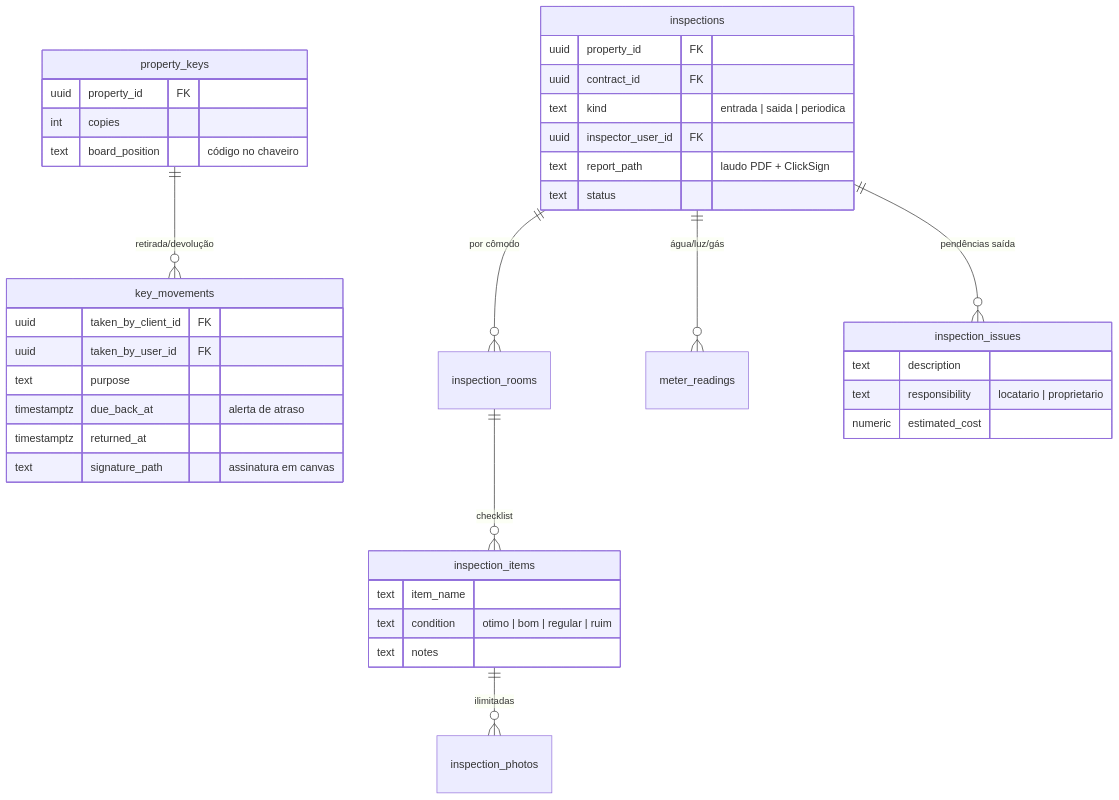
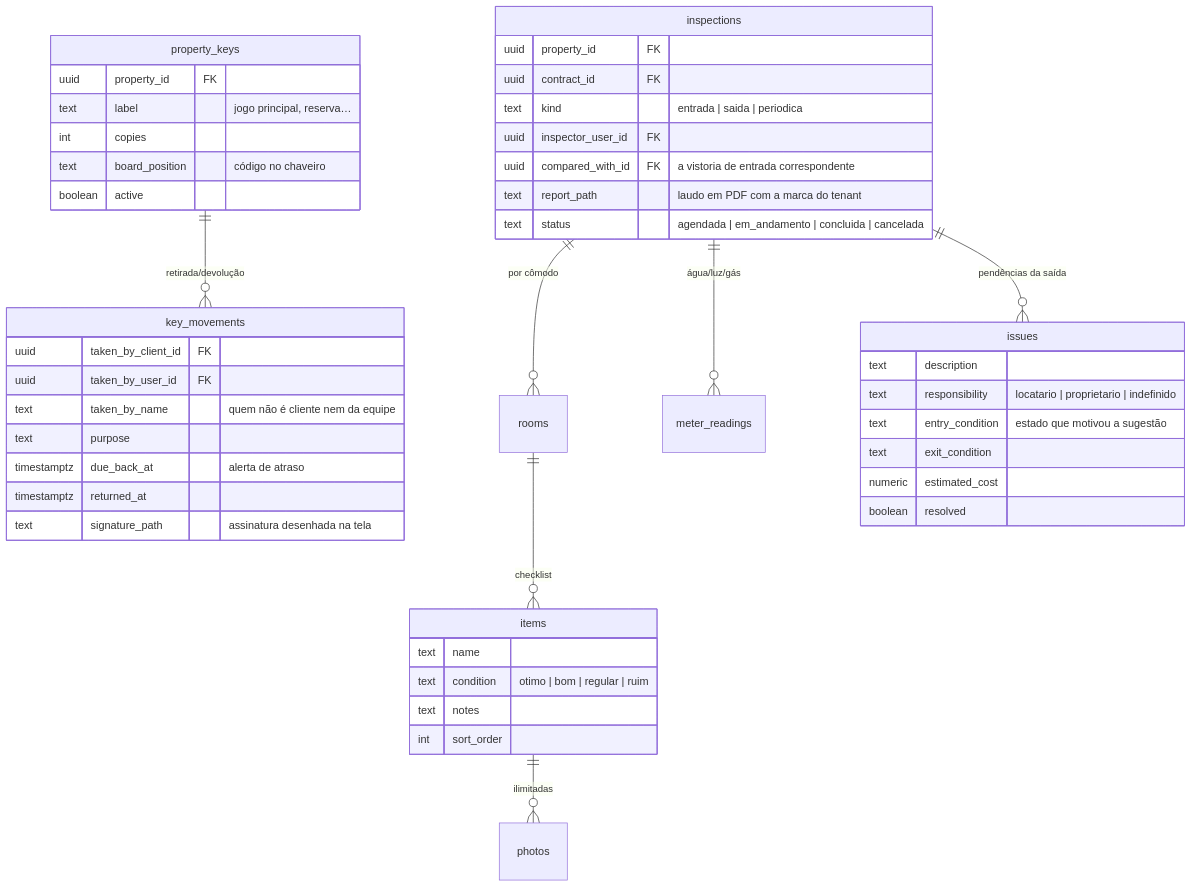
The sixth of 8 diagrams in docs/MODELO-DE-DADOS.md (pedroivobc/CRM-Clemente), drawn with Mermaid before and after one commit. The commit also changed other lines of this file and 25 other files, not shown here.

````diff
--- a/docs/MODELO-DE-DADOS.md
+++ b/docs/MODELO-DE-DADOS.md
@@ -327,43 +331,51 @@
 ```mermaid
 erDiagram
     %% keys
     property_keys ||--o{ key_movements : "retirada/devolução"
     property_keys {
         uuid property_id FK
+        text label "jogo principal, reserva…"
         int copies
         text board_position "código no chaveiro"
+        boolean active
     }
     key_movements {
         uuid taken_by_client_id FK
         uuid taken_by_user_id FK
+        text taken_by_name "quem não é cliente nem da equipe"
         text purpose
         timestamptz due_back_at "alerta de atraso"
         timestamptz returned_at
-        text signature_path "assinatura em canvas"
+        text signature_path "assinatura desenhada na tela"
     }
 
     %% inspections
-    inspections ||--o{ inspection_rooms : "por cômodo"
-    inspection_rooms ||--o{ inspection_items : "checklist"
-    inspection_items ||--o{ inspection_photos : "ilimitadas"
+    inspections ||--o{ rooms : "por cômodo"
+    rooms ||--o{ items : "checklist"
+    items ||--o{ photos : "ilimitadas"
     inspections ||--o{ meter_readings : "água/luz/gás"
-    inspections ||--o{ inspection_issues : "pendências saída"
+    inspections ||--o{ issues : "pendências da saída"
     inspections {
         uuid property_id FK
         uuid contract_id FK
         text kind "entrada | saida | periodica"
         uuid inspector_user_id FK
-        text report_path "laudo PDF + ClickSign"
-        text status
+        uuid compared_with_id FK "a vistoria de entrada correspondente"
+        text report_path "laudo em PDF com a marca do tenant"
+        text status "agendada | em_andamento | concluida | cancelada"
     }
-    inspection_items {
-        text item_name
+    items {
+        text name
         text condition "otimo | bom | regular | ruim"
         text notes
+        int sort_order
     }
-    inspection_issues {
+    issues {
         text description
-        text responsibility "locatario | proprietario"
+        text responsibility "locatario | proprietario | indefinido"
+        text entry_condition "estado que motivou a sugestão"
+        text exit_condition
         numeric estimated_cost
+        boolean resolved
     }
 ```
````
